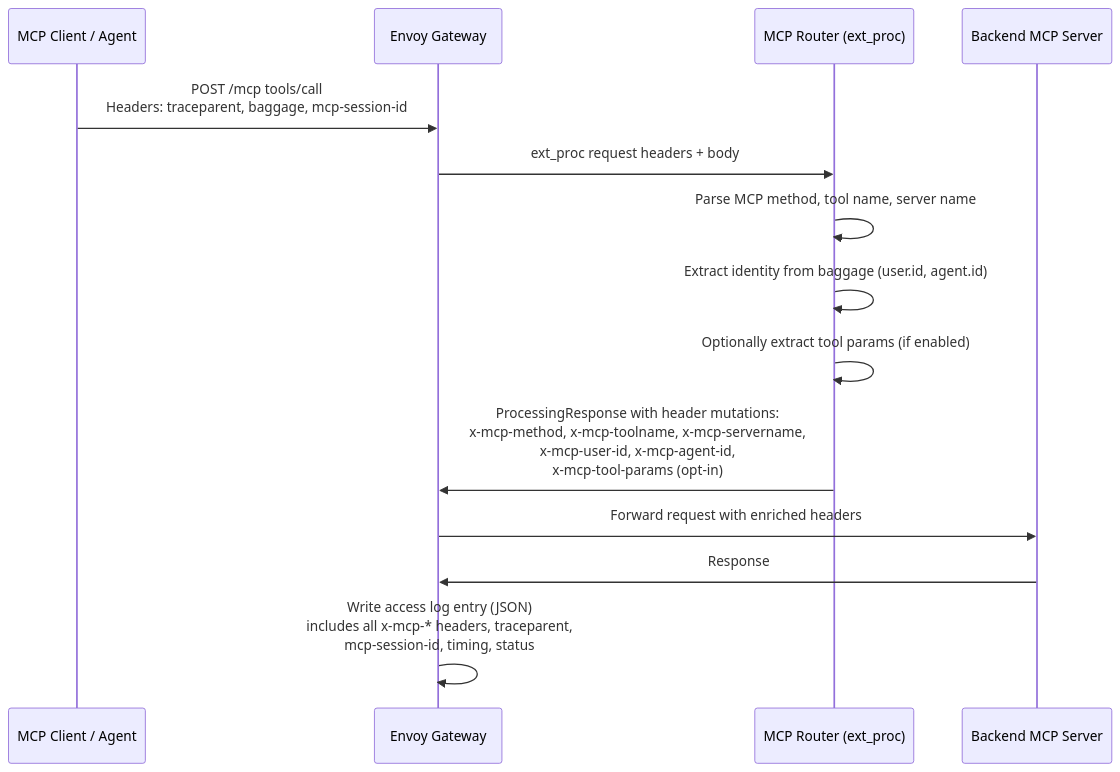
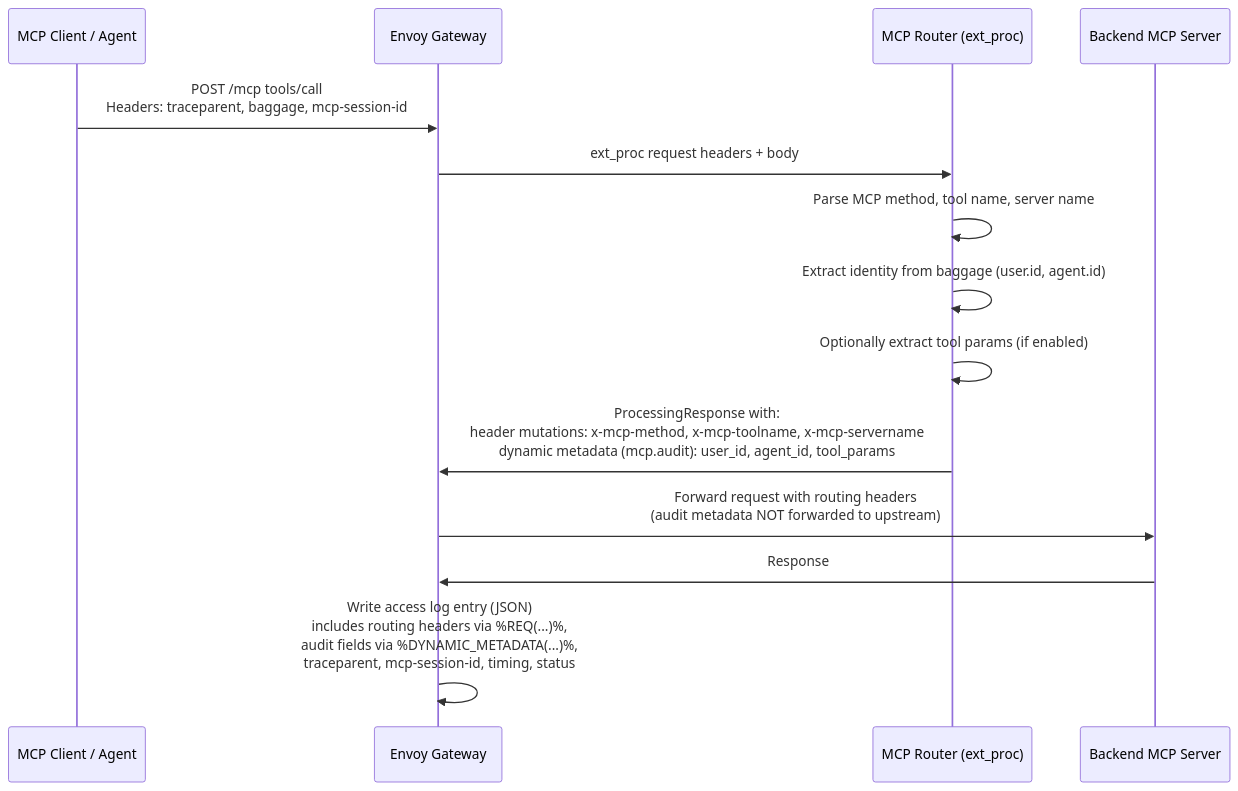
One commit to Kuadrant/mcp-gateway changed the diagram in docs/design/auditing/auditing-design.md. Above: the diagram before and after it, drawn with Mermaid. The commit also changed other lines of this file and 1 other file, not shown here.

First line of the commit message:
update design docs for dynamic metadata approach

````diff
--- a/docs/design/auditing/auditing-design.md
+++ b/docs/design/auditing/auditing-design.md
@@ -72,21 +72,21 @@
 ```mermaid
 sequenceDiagram
     participant Agent as MCP Client / Agent
     participant Gateway as Envoy Gateway
     participant Router as MCP Router (ext_proc)
     participant Backend as Backend MCP Server
 
     Agent->>Gateway: POST /mcp tools/call<br/>Headers: traceparent, baggage, mcp-session-id
     Gateway->>Router: ext_proc request headers + body
 
     Router->>Router: Parse MCP method, tool name, server name
     Router->>Router: Extract identity from baggage (user.id, agent.id)
     Router->>Router: Optionally extract tool params (if enabled)
 
-    Router->>Gateway: ProcessingResponse with header mutations:<br/>x-mcp-method, x-mcp-toolname, x-mcp-servername,<br/>x-mcp-user-id, x-mcp-agent-id,<br/>x-mcp-tool-params (opt-in)
+    Router->>Gateway: ProcessingResponse with:<br/>header mutations: x-mcp-method, x-mcp-toolname, x-mcp-servername<br/>dynamic metadata (mcp.audit): user_id, agent_id, tool_params
 
-    Gateway->>Backend: Forward request with enriched headers
+    Gateway->>Backend: Forward request with routing headers<br/>(audit metadata NOT forwarded to upstream)
     Backend->>Gateway: Response
 
-    Gateway->>Gateway: Write access log entry (JSON)<br/>includes all x-mcp-* headers, traceparent,<br/>mcp-session-id, timing, status
+    Gateway->>Gateway: Write access log entry (JSON)<br/>includes routing headers via %REQ(...)%,<br/>audit fields via %DYNAMIC_METADATA(...)%,<br/>traceparent, mcp-session-id, timing, status
 ```
````
